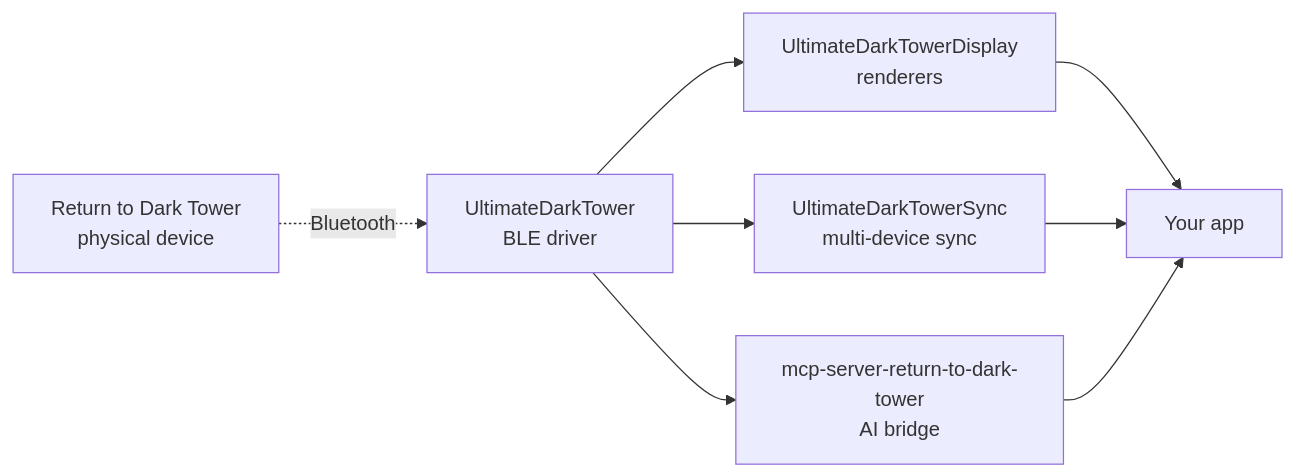
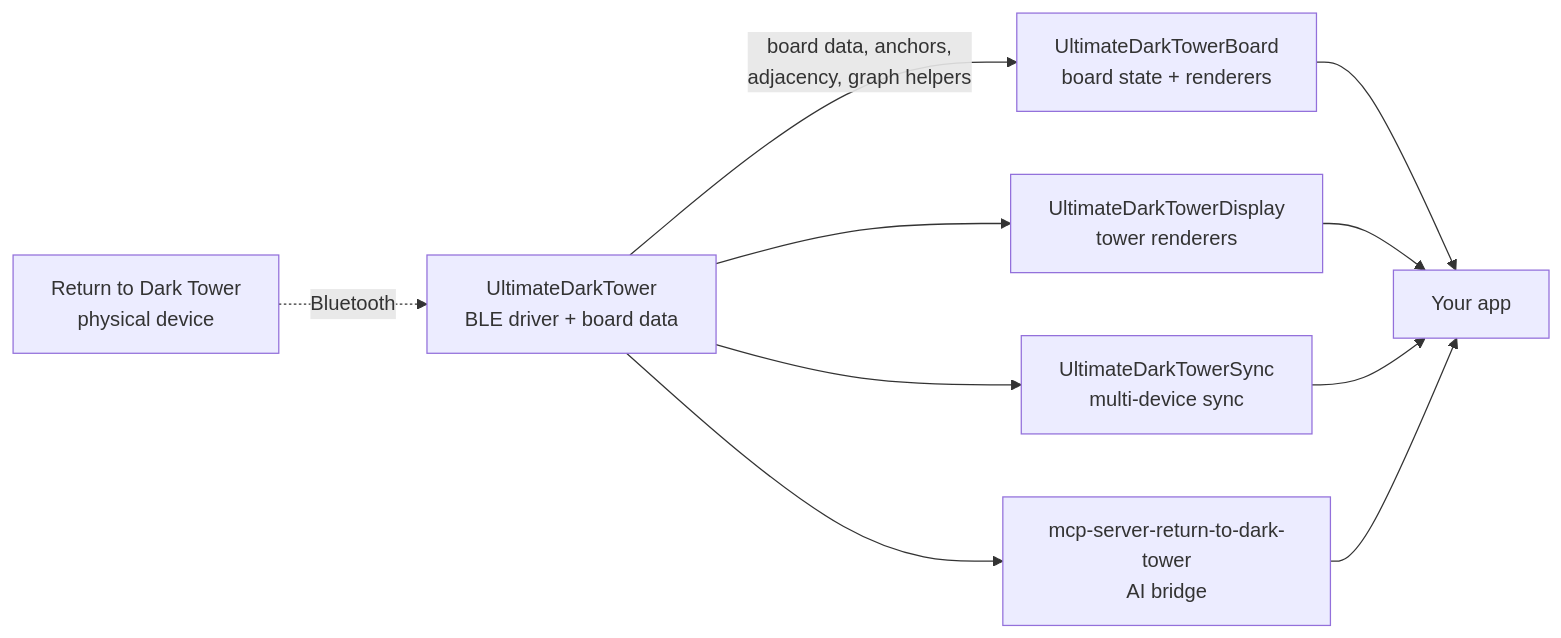
The diagram in docs/ECOSYSTEM.md (ChessMess/UltimateDarkTower), drawn with Mermaid before and after one commit. The commit also changed other lines of this file and 46 other files, not shown here.

Commit message:
Game Board Data & minor fixes

````diff
--- a/docs/ECOSYSTEM.md
+++ b/docs/ECOSYSTEM.md
@@ -75,17 +81,20 @@
 ```mermaid
 flowchart LR
   Tower[Return to Dark Tower<br/>physical device]
-  UDT[UltimateDarkTower<br/>BLE driver]
-  Display[UltimateDarkTowerDisplay<br/>renderers]
+  UDT[UltimateDarkTower<br/>BLE driver + board data]
+  Display[UltimateDarkTowerDisplay<br/>tower renderers]
+  Board[UltimateDarkTowerBoard<br/>board state + renderers]
   Sync[UltimateDarkTowerSync<br/>multi-device sync]
   MCP[mcp-server-return-to-dark-tower<br/>AI bridge]
   YourApp[Your app]
 
   Tower -. Bluetooth .-> UDT
   UDT --> Display
+  UDT -- board data, anchors,<br/>adjacency, graph helpers --> Board
   UDT --> Sync
   UDT --> MCP
+  Board --> YourApp
   Display --> YourApp
   Sync --> YourApp
   MCP --> YourApp
 ```
````
